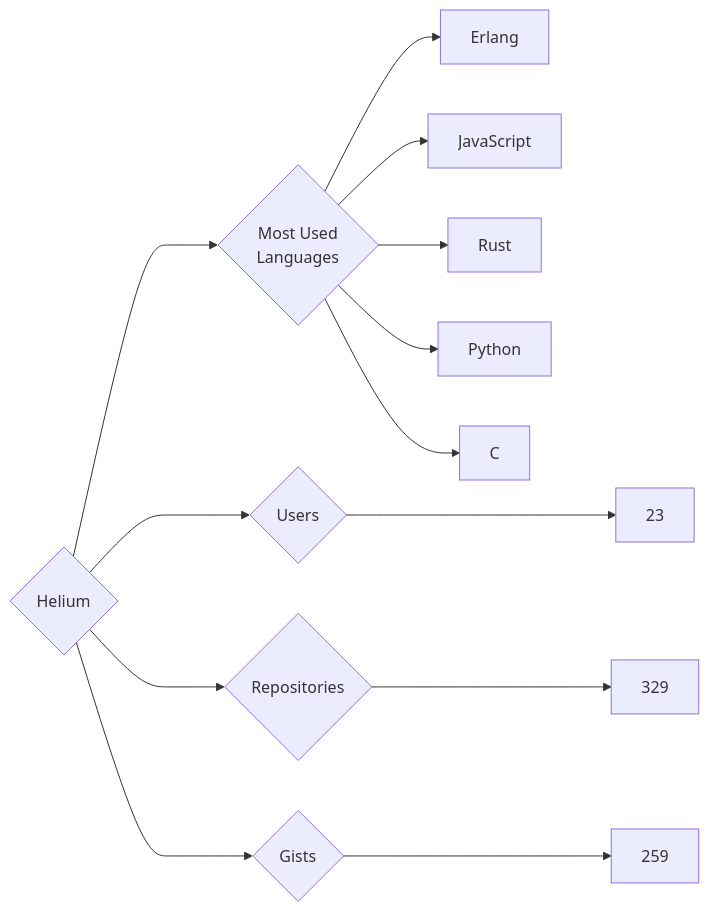
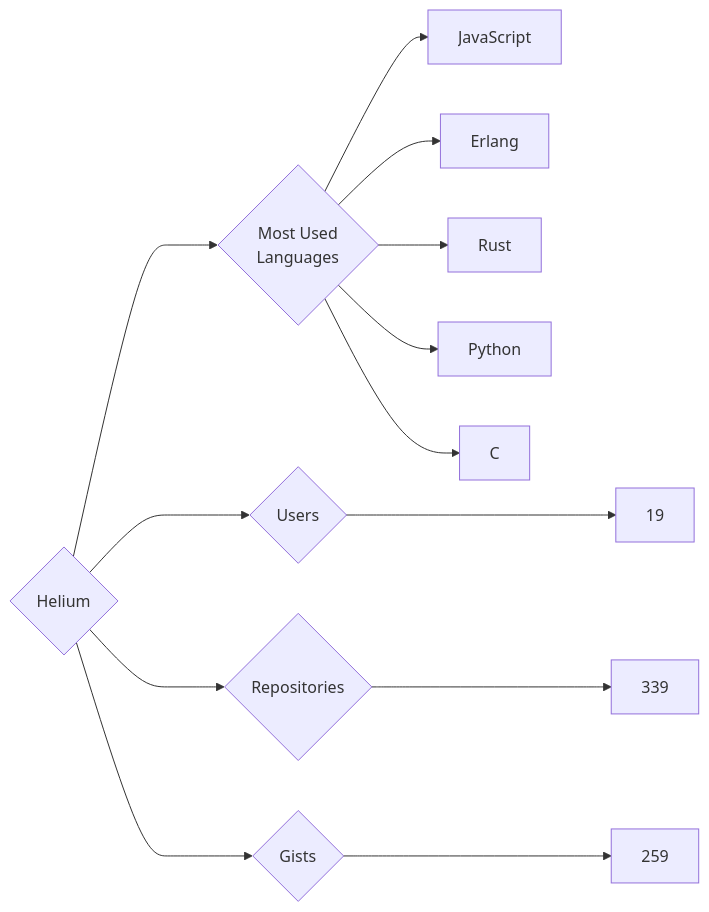
The diagram in targets/Helium/README.md (trickest/insiders), drawn with Mermaid before and after one commit. The commit also changed 1195 other files, not shown here.

````diff
--- a/targets/Helium/README.md
+++ b/targets/Helium/README.md
@@ -3,13 +3,13 @@
 ```mermaid
 graph LR
 COMPANY_NAME{Helium}
-COMPANY_NAME ---> U{Users} ---> UN[23]
-COMPANY_NAME ---> R{Repositories} ---> RN[329]
+COMPANY_NAME ---> U{Users} ---> UN[19]
+COMPANY_NAME ---> R{Repositories} ---> RN[339]
 COMPANY_NAME ---> G{Gists} ---> GN[259]
 COMPANY_NAME ---> ML{Most Used<br>Languages}
+ML --> JavaScript[JavaScript]
 ML --> Erlang[Erlang]
-ML --> JavaScript[JavaScript]
 ML --> Rust[Rust]
 ML --> Python[Python]
 ML --> C[C]
 ```
````
